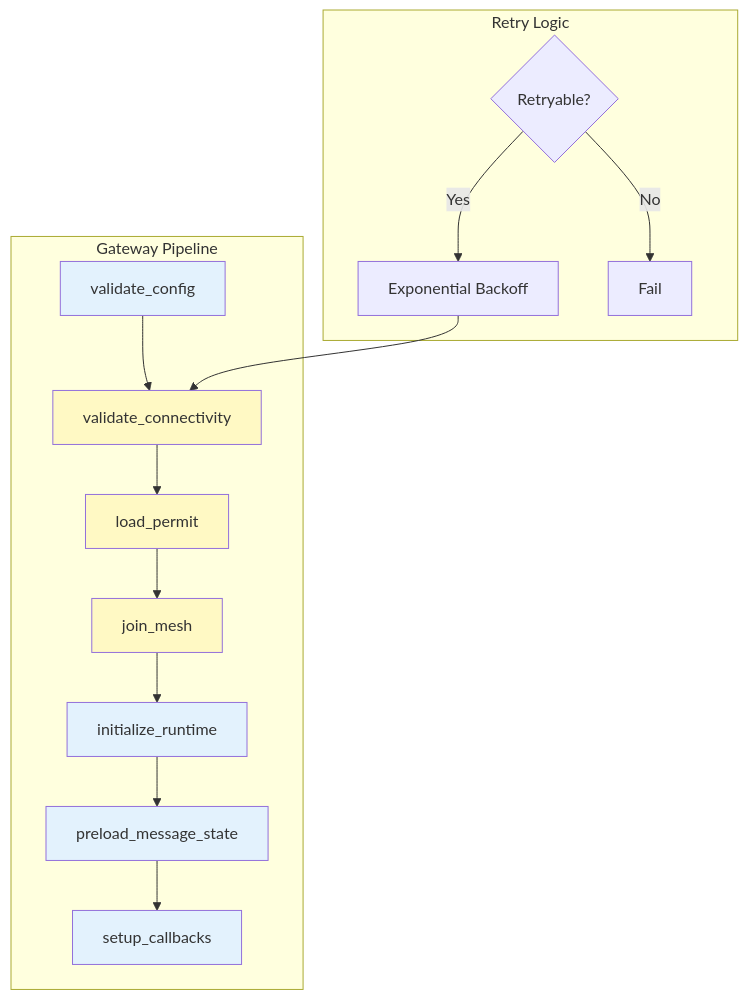
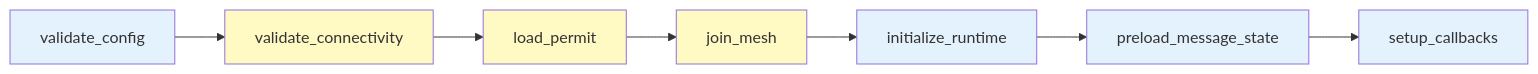
Before and after one commit to clawparty-ai/openclaw-channel-plugin-ztm: the fourth of 10 diagrams in docs/architecture.md, drawn with Mermaid. The commit also changed other lines of this file and 6 other files, not shown here.

First line of the commit message:
docs: optimize and reorganize architecture documentation

````diff
--- a/docs/architecture.md
+++ b/docs/architecture.md
@@ -469,25 +423,17 @@
 ```mermaid
-flowchart TB
-    subgraph "Gateway Pipeline"
-        S1[validate_config] --> S2[validate_connectivity]
-        S2 --> S3[load_permit]
-        S3 --> S4[join_mesh]
-        S4 --> S5[initialize_runtime]
-        S5 --> S6[preload_message_state]
-        S6 --> S7[setup_callbacks]
-    end
-
-    subgraph "Retry Logic"
-        R1{Retryable?} -->|Yes| D1[Exponential Backoff]
-        D1 --> S2
-        R1 -->|No| F[Fail]
-    end
+flowchart LR
+    S1[validate_config] --> S2[validate_connectivity]
+    S2 --> S3[load_permit]
+    S3 --> S4[join_mesh]
+    S4 --> S5[initialize_runtime]
+    S5 --> S6[preload_message_state]
+    S6 --> S7[setup_callbacks]
 
     style S1 fill:#e3f2fd
     style S2 fill:#fff9c4
     style S3 fill:#fff9c4
     style S4 fill:#fff9c4
     style S5 fill:#e3f2fd
     style S6 fill:#e3f2fd
     style S7 fill:#e3f2fd
 ```
````
